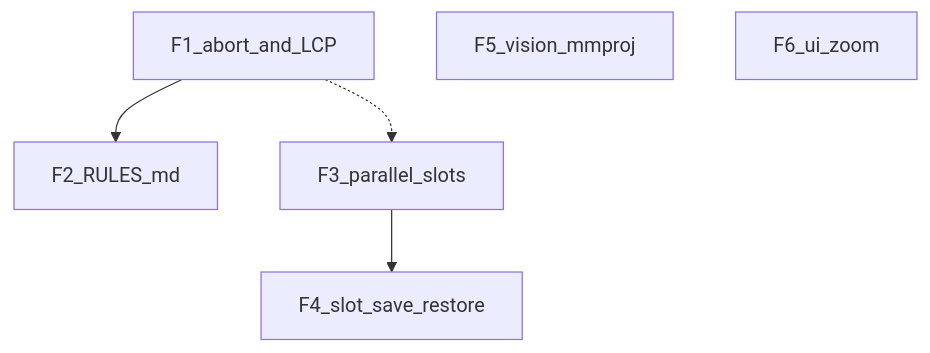
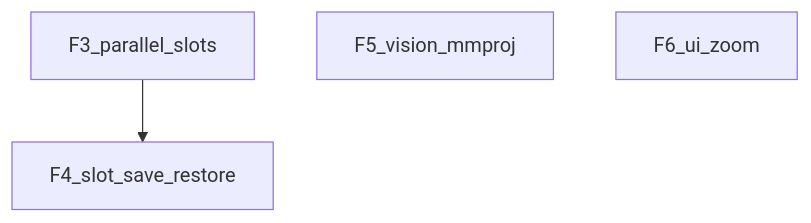
One commit to anarcoiris/Tiny-Steward changed the diagram in plans/fuera-de-alcance.md. Above: the diagram before and after it, drawn with Mermaid. The commit also changed other lines of this file and 25 other files, not shown here.

````diff
--- a/plans/fuera-de-alcance.md
+++ b/plans/fuera-de-alcance.md
@@ -9,14 +16,10 @@
 ```mermaid
 flowchart TD
-  f1[F1_abort_and_LCP]
-  f2[F2_RULES_md]
   f3[F3_parallel_slots]
   f4[F4_slot_save_restore]
   f5[F5_vision_mmproj]
   f6[F6_ui_zoom]
-  f1 --> f2
   f3 --> f4
-  f1 -.-> f3
   f5
   f6
 ```
````
